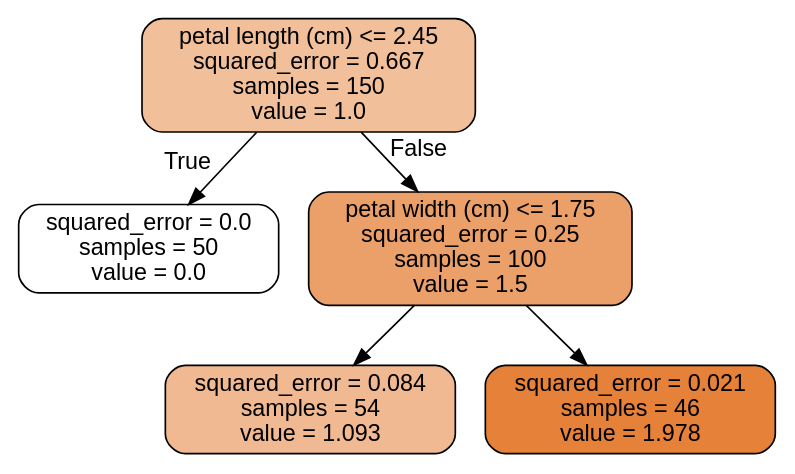
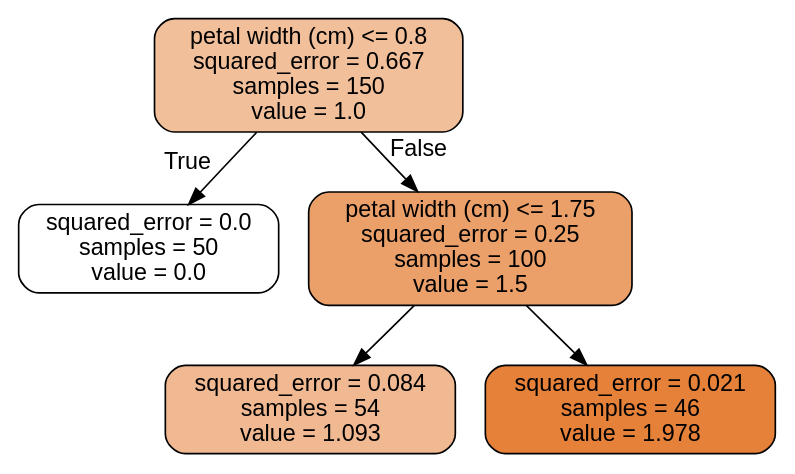
One commit to KidIsKing/python_libraries_learning changed the diagram in scikit_learn/guide/base_ML_book/chapter_6/data/iris_tree_reg.dot. Above: the diagram before and after it, drawn with Graphviz. The commit also changed 1 other file, not shown here.

```diff
--- a/scikit_learn/guide/base_ML_book/chapter_6/data/iris_tree_reg.dot
+++ b/scikit_learn/guide/base_ML_book/chapter_6/data/iris_tree_reg.dot
@@ -1,13 +1,13 @@
 digraph Tree {
 node [shape=box, style="filled, rounded", color="black", fontname="helvetica"] ;
 edge [fontname="helvetica"] ;
-0 [label="petal length (cm) <= 2.45\nsquared_error = 0.667\nsamples = 150\nvalue = 1.0", fillcolor="#f2bf9b"] ;
+0 [label="petal width (cm) <= 0.8\nsquared_error = 0.667\nsamples = 150\nvalue = 1.0", fillcolor="#f2bf9b"] ;
 1 [label="squared_error = 0.0\nsamples = 50\nvalue = 0.0", fillcolor="#ffffff"] ;
 0 -> 1 [labeldistance=2.5, labelangle=45, headlabel="True"] ;
 2 [label="petal width (cm) <= 1.75\nsquared_error = 0.25\nsamples = 100\nvalue = 1.5", fillcolor="#eb9f69"] ;
 0 -> 2 [labeldistance=2.5, labelangle=-45, headlabel="False"] ;
 3 [label="squared_error = 0.084\nsamples = 54\nvalue = 1.093", fillcolor="#f1b992"] ;
 2 -> 3 ;
 4 [label="squared_error = 0.021\nsamples = 46\nvalue = 1.978", fillcolor="#e58139"] ;
 2 -> 4 ;
 }
```
